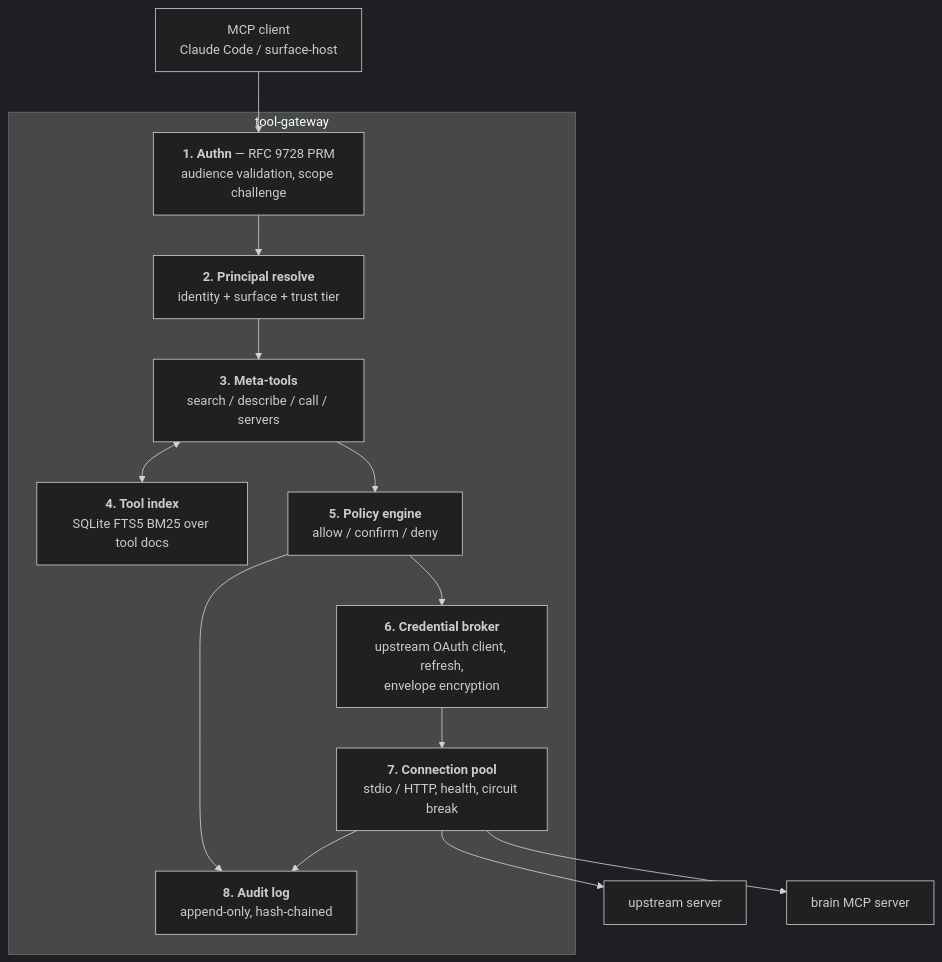
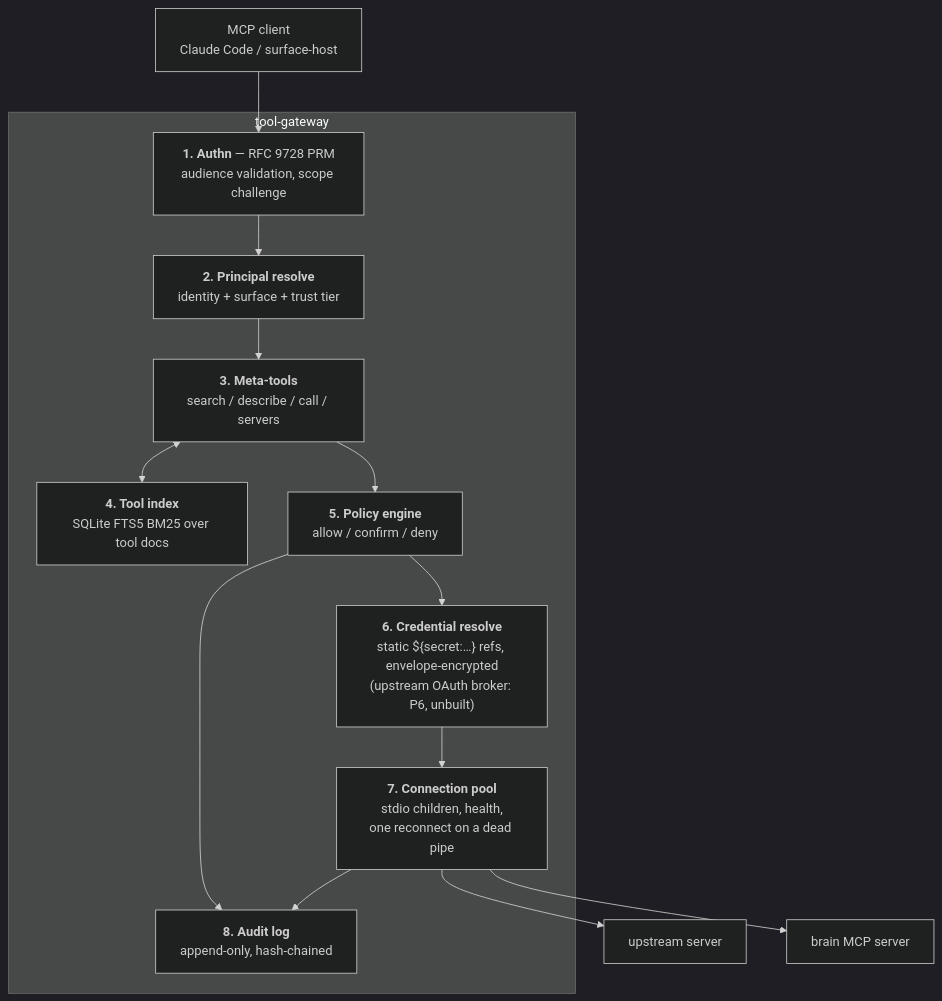
The first of 3 diagrams in architecture/04-gateway.md (mars-flat/brain), drawn with Mermaid (dark theme) before and after one commit. The commit also changed other lines of this file and 23 other files, not shown here.

````diff
--- a/architecture/04-gateway.md
+++ b/architecture/04-gateway.md
@@ -20,21 +20,21 @@
 ```mermaid
 flowchart TB
     IN["MCP client<br/>Claude Code / surface-host"]
 
     subgraph GW["tool-gateway"]
         AUTHN["<b>1. Authn</b> — RFC 9728 PRM<br/>audience validation, scope challenge"]
         RES["<b>2. Principal resolve</b><br/>identity + surface + trust tier"]
         META["<b>3. Meta-tools</b><br/>search / describe / call / servers"]
         SEARCH["<b>4. Tool index</b><br/>SQLite FTS5 BM25 over tool docs"]
         POLICY["<b>5. Policy engine</b><br/>allow / confirm / deny"]
-        CRED["<b>6. Credential broker</b><br/>upstream OAuth client, refresh,<br/>envelope encryption"]
-        POOL["<b>7. Connection pool</b><br/>stdio / HTTP, health, circuit break"]
+        CRED["<b>6. Credential resolve</b><br/>static ${secret:…} refs, envelope-encrypted<br/>(upstream OAuth broker: P6, unbuilt)"]
+        POOL["<b>7. Connection pool</b><br/>stdio children, health,<br/>one reconnect on a dead pipe"]
         AUDIT["<b>8. Audit log</b><br/>append-only, hash-chained"]
     end
 
     IN --> AUTHN --> RES --> META
     META <--> SEARCH
     META --> POLICY --> CRED --> POOL
     POOL --> O1["upstream server"] & BM["brain MCP server"]
     POLICY & POOL --> AUDIT
 ```
````
